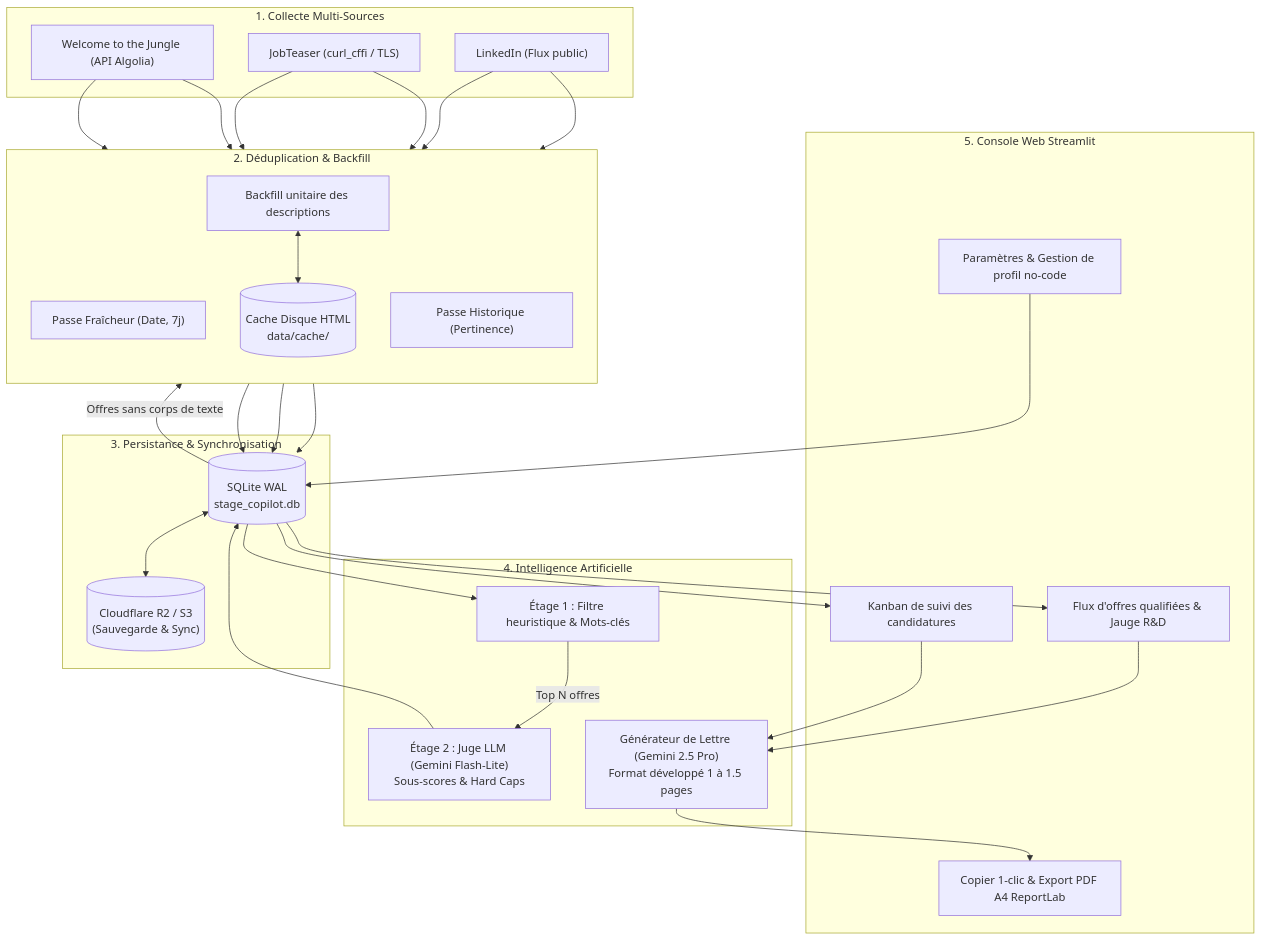
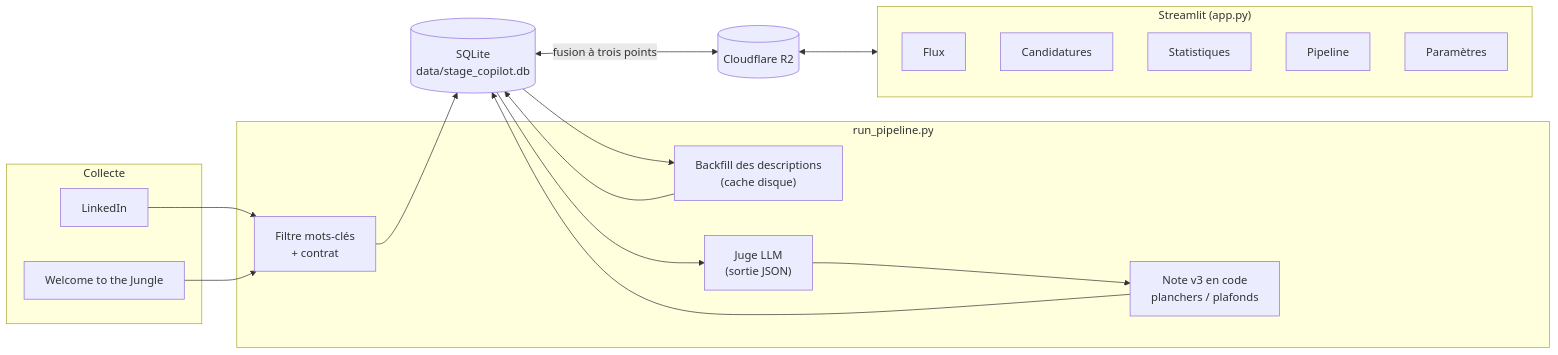
One commit to eddy-decastro/Assistant_de_recherche_de_stage_IA changed the diagram in README.md. Above: the diagram before and after it, drawn with Mermaid. The commit also changed other lines of this file, not shown here.

````diff
--- a/README.md
+++ b/README.md
@@ -50,48 +66,31 @@
 ```mermaid
-flowchart TD
-    subgraph Sources ["1. Collecte Multi-Sources"]
-        LI["LinkedIn (Flux public)"]
-        JT["JobTeaser (curl_cffi / TLS)"]
-        WTTJ["Welcome to the Jungle (API Algolia)"]
+flowchart LR
+    subgraph Collecte
+        LI[LinkedIn]
+        WTTJ[Welcome to the Jungle]
     end
 
-    subgraph Ingestion ["2. Déduplication & Backfill"]
-        direction TB
-        F["Passe Fraîcheur (Date, 7j)"]
-        R["Passe Historique (Pertinence)"]
-        CACHE[("Cache Disque HTML\ndata/cache/")]
-        BF["Backfill unitaire des descriptions"]
+    subgraph Pipeline["run_pipeline.py"]
+        F["Filtre mots-clés<br/>+ contrat"]
+        BF["Backfill des descriptions<br/>(cache disque)"]
+        J["Juge LLM<br/>(sortie JSON)"]
+        S["Note v3 en code<br/>planchers / plafonds"]
     end
 
-    subgraph Stockage ["3. Persistance & Synchronisation"]
-        DB[("SQLite WAL\nstage_copilot.db")]
-        R2[("Cloudflare R2 / S3\n(Sauvegarde & Sync)")]
+    DB[("SQLite<br/>data/stage_copilot.db")]
+    R2[("Cloudflare R2")]
+
+    subgraph App["Streamlit (app.py)"]
+        FL[Flux]
+        KB[Candidatures]
+        ST[Statistiques]
+        PL[Pipeline]
+        PA[Paramètres]
     end
 
-    subgraph Intelligence ["4. Intelligence Artificielle"]
-        FILTRE["Étage 1 : Filtre heuristique & Mots-clés"]
-        JUDGE["Étage 2 : Juge LLM (Gemini Flash-Lite)\nSous-scores & Hard Caps"]
-        GEN["Générateur de Lettre (Gemini 2.5 Pro)\nFormat développé 1 à 1.5 pages"]
-    end
-
-    subgraph UI ["5. Console Web Streamlit"]
-        UI1["Flux d'offres qualifiées & Jauge R&D"]
-        UI2["Kanban de suivi des candidatures"]
-        UI3["Copier 1-clic & Export PDF A4 ReportLab"]
-        UI4["Paramètres & Gestion de profil no-code"]
-    end
-
-    LI & JT & WTTJ --> F & R
-    F & R --> DB
-    DB -->|Offres sans corps de texte| BF
-    BF <--> CACHE
-    BF --> DB
-    DB --> FILTRE
-    FILTRE -->|Top N offres| JUDGE
-    JUDGE --> DB
-    DB <--> R2
-    DB --> UI1 & UI2
-    UI1 & UI2 --> GEN
-    GEN --> UI3
-    UI4 --> DB
+    LI & WTTJ --> F --> DB
+    DB --> BF --> DB
+    DB --> J --> S --> DB
+    DB <-->|fusion à trois points| R2
+    R2 <--> App
 ```
````
